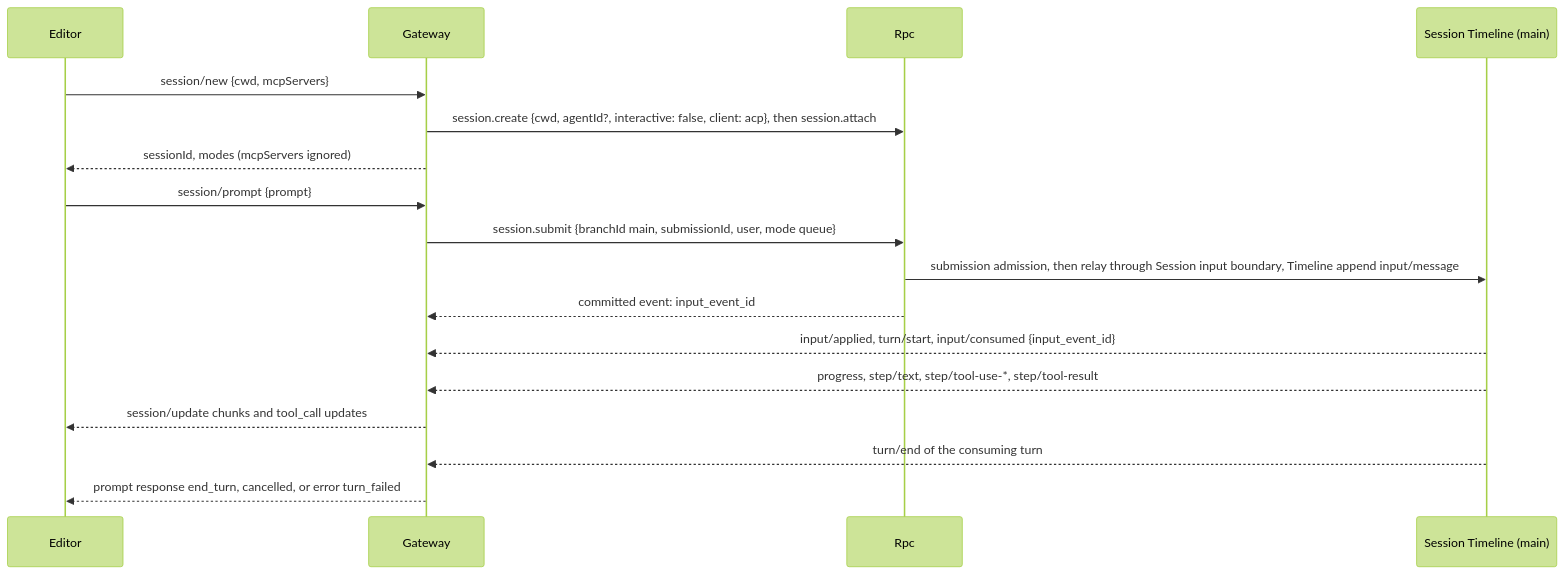
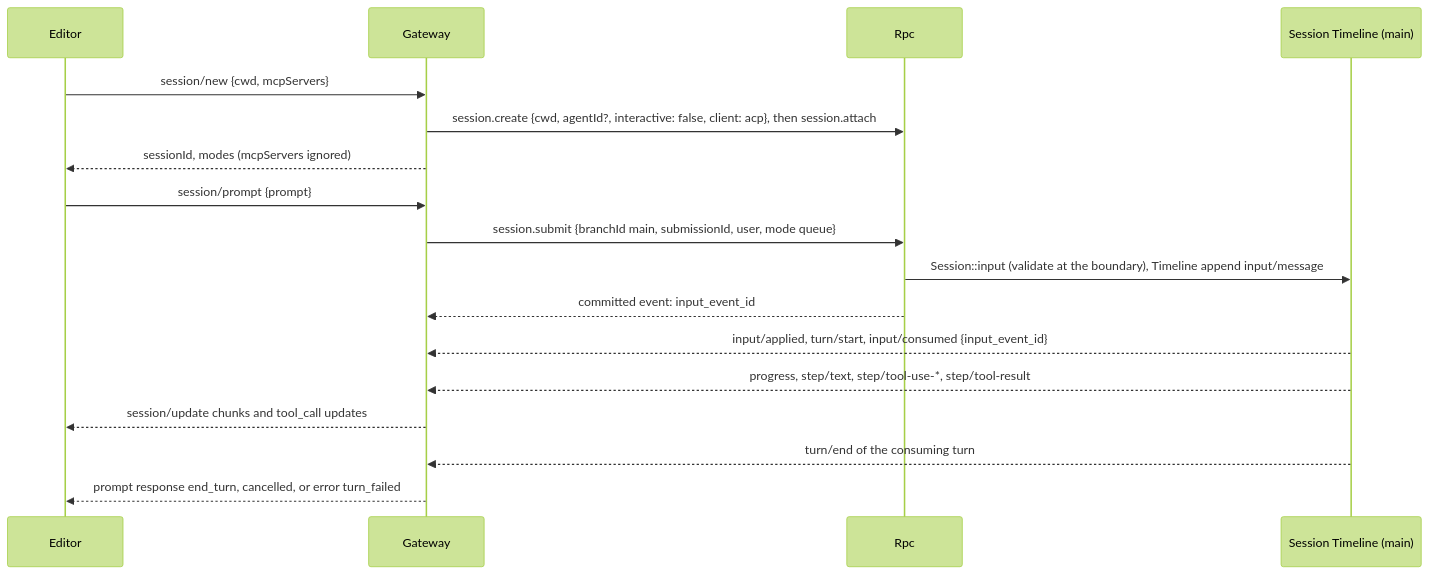
The third of 5 diagrams in docs/design/plugins/AcpGateway.md (CoutinhoTTS/dim-agent), drawn with Mermaid (forest theme) before and after one commit. The commit also changed other lines of this file and 3 other files, not shown here.

````diff
--- a/docs/design/plugins/AcpGateway.md
+++ b/docs/design/plugins/AcpGateway.md
@@ -63,19 +63,19 @@
 ```mermaid
 sequenceDiagram
   participant E as Editor
   participant G as Gateway
   participant R as Rpc
   participant TL as Session Timeline (main)
   E->>G: session/new {cwd, mcpServers}
   G->>R: session.create {cwd, agentId?, interactive: false, client: acp}, then session.attach
   G-->>E: sessionId, modes (mcpServers ignored)
   E->>G: session/prompt {prompt}
   G->>R: session.submit {branchId main, submissionId, user, mode queue}
-  R->>TL: submission admission, then relay through Session input boundary, Timeline append input/message
+  R->>TL: Session::input (validate at the boundary), Timeline append input/message
   R-->>G: committed event: input_event_id
   TL-->>G: input/applied, turn/start, input/consumed {input_event_id}
   TL-->>G: progress, step/text, step/tool-use-*, step/tool-result
   G-->>E: session/update chunks and tool_call updates
   TL-->>G: turn/end of the consuming turn
   G-->>E: prompt response end_turn, cancelled, or error turn_failed
 ```
````
